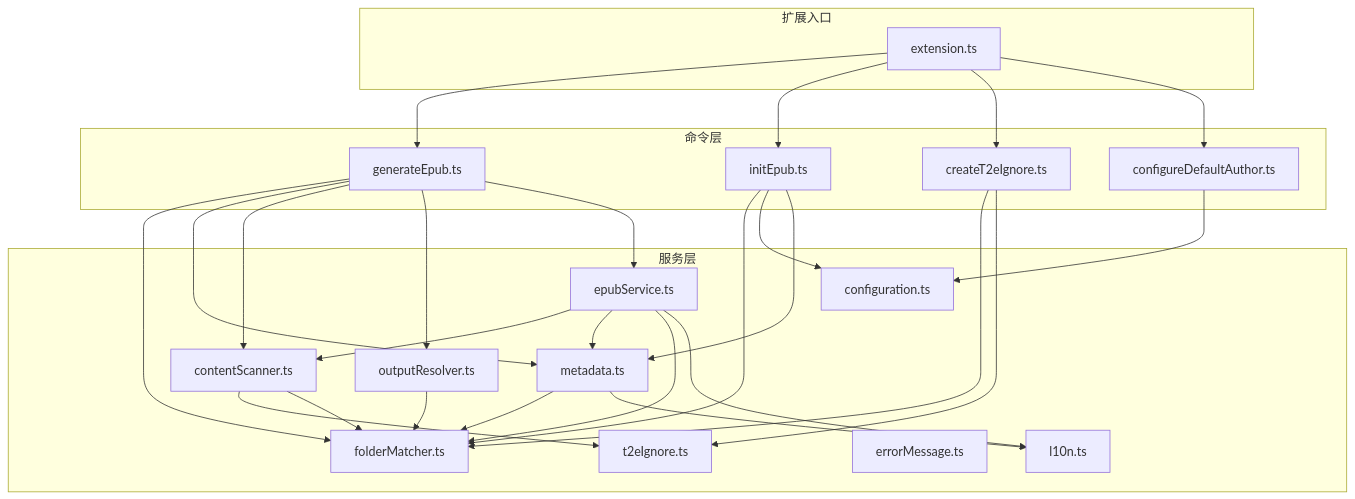
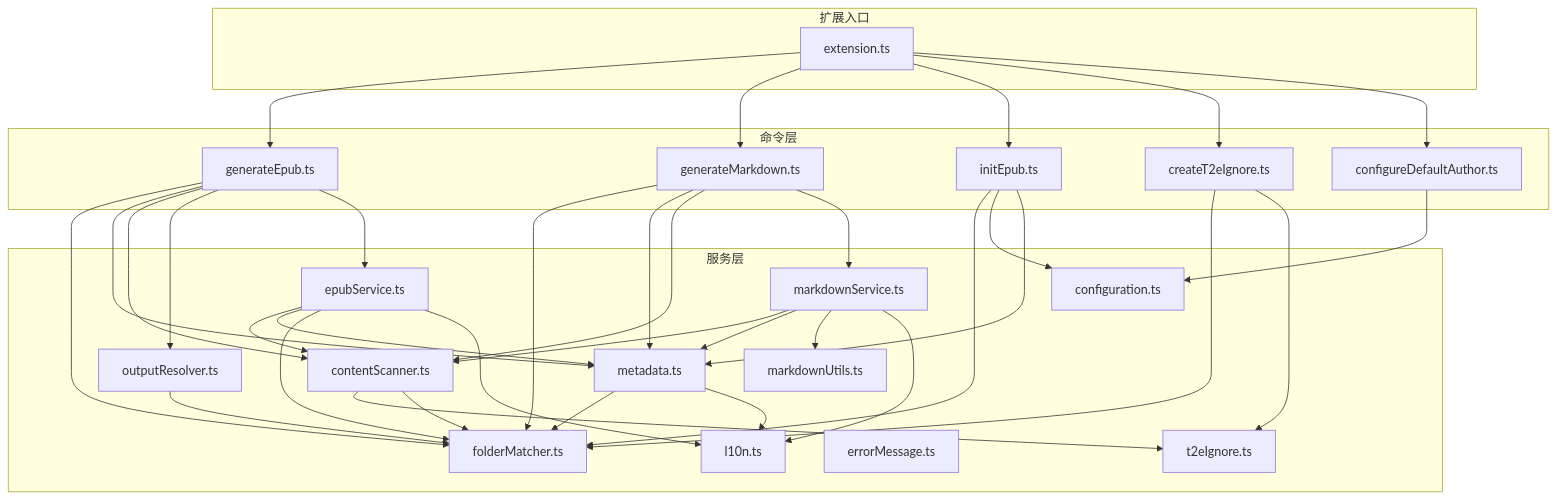
One commit to someok/vscode-folder2epub changed the first of 3 diagrams in .qoder/repowiki/zh/content/API 参考文档/服务 API.md. Above: the diagram before and after it, drawn with Mermaid. The commit also changed other lines of this file and 4 other files, not shown here.

````diff
--- a/.qoder/repowiki/zh/content/API 参考文档/服务 API.md
+++ b/.qoder/repowiki/zh/content/API 参考文档/服务 API.md
@@ -43,47 +46,59 @@
 ```mermaid
 graph TB
 subgraph "扩展入口"
 EXT["extension.ts"]
 end
 subgraph "命令层"
 CMD_GEN["generateEpub.ts"]
+CMD_GEN_MD["generateMarkdown.ts"]
 CMD_INIT["initEpub.ts"]
 CMD_T2E["createT2eIgnore.ts"]
 CMD_AUTH["configureDefaultAuthor.ts"]
 end
 subgraph "服务层"
 SVC_SCAN["contentScanner.ts"]
 SVC_EPUB["epubService.ts"]
 SVC_META["metadata.ts"]
 SVC_CONF["configuration.ts"]
 SVC_MATCH["folderMatcher.ts"]
 SVC_OUT["outputResolver.ts"]
 SVC_IGN["t2eIgnore.ts"]
 SVC_ERR["errorMessage.ts"]
 SVC_L10N["l10n.ts"]
+SVC_MD["markdownService.ts"]
+SVC_MDU["markdownUtils.ts"]
 end
 EXT --> CMD_GEN
+EXT --> CMD_GEN_MD
 EXT --> CMD_INIT
 EXT --> CMD_T2E
 EXT --> CMD_AUTH
 CMD_GEN --> SVC_MATCH
 CMD_GEN --> SVC_META
 CMD_GEN --> SVC_SCAN
 CMD_GEN --> SVC_OUT
 CMD_GEN --> SVC_EPUB
+CMD_GEN_MD --> SVC_MATCH
+CMD_GEN_MD --> SVC_META
+CMD_GEN_MD --> SVC_SCAN
+CMD_GEN_MD --> SVC_MD
 CMD_INIT --> SVC_MATCH
 CMD_INIT --> SVC_CONF
 CMD_INIT --> SVC_META
 CMD_T2E --> SVC_MATCH
 CMD_T2E --> SVC_IGN
 CMD_AUTH --> SVC_CONF
 SVC_EPUB --> SVC_SCAN
 SVC_EPUB --> SVC_META
 SVC_EPUB --> SVC_MATCH
 SVC_EPUB --> SVC_L10N
+SVC_MD --> SVC_SCAN
+SVC_MD --> SVC_META
+SVC_MD --> SVC_MDU
+SVC_MD --> SVC_L10N
 SVC_SCAN --> SVC_IGN
 SVC_SCAN --> SVC_MATCH
 SVC_OUT --> SVC_MATCH
 SVC_META --> SVC_MATCH
 SVC_META --> SVC_L10N
 ```
````
